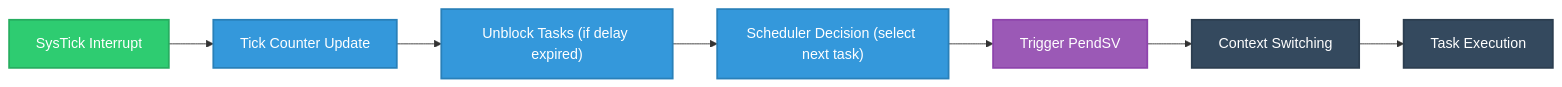
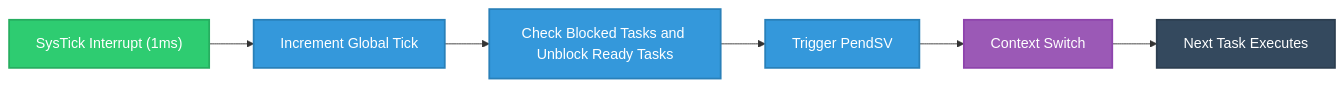
The diagram in README.md (dvtung0611/STM32F4_ContextSwitch_LedDemo), drawn with Mermaid before and after one commit. The commit also changed other lines of this file and 1 other file, not shown here.

````diff
--- a/README.md
+++ b/README.md
@@ -20,19 +33,18 @@
 ```mermaid
 graph LR
-    A["SysTick Interrupt"] --> B["Tick Counter Update"]
-    B --> C["Unblock Tasks (if delay expired)"]
-    C --> D["Scheduler Decision (select next task)"]
-    D --> E["Trigger PendSV"]
-    E --> F["Context Switching"]
-    F --> G["Task Execution"]
+    A["SysTick Interrupt (1ms)"] --> B["Increment Global Tick"]
+    B --> C["Check Blocked Tasks and Unblock Ready Tasks"]
+    C --> D["Trigger PendSV"]
+    D --> E["Context Switch"]
+    E --> F["Next Task Executes"]
     
     classDef gray fill:#2ecc71,stroke:#27ae60,stroke-width:2px,color:#fff
     classDef green fill:#3498db,stroke:#2980b9,stroke-width:2px,color:#fff
     classDef blue fill:#9b59b6,stroke:#8e44ad,stroke-width:2px,color:#fff
     classDef purple fill:#34495e,stroke:#2c3e50,stroke-width:2px,color:#fff
     
     class A gray
     class B,C,D green
     class E blue
-    class F,G purple
+    class F purple
 ```
````
